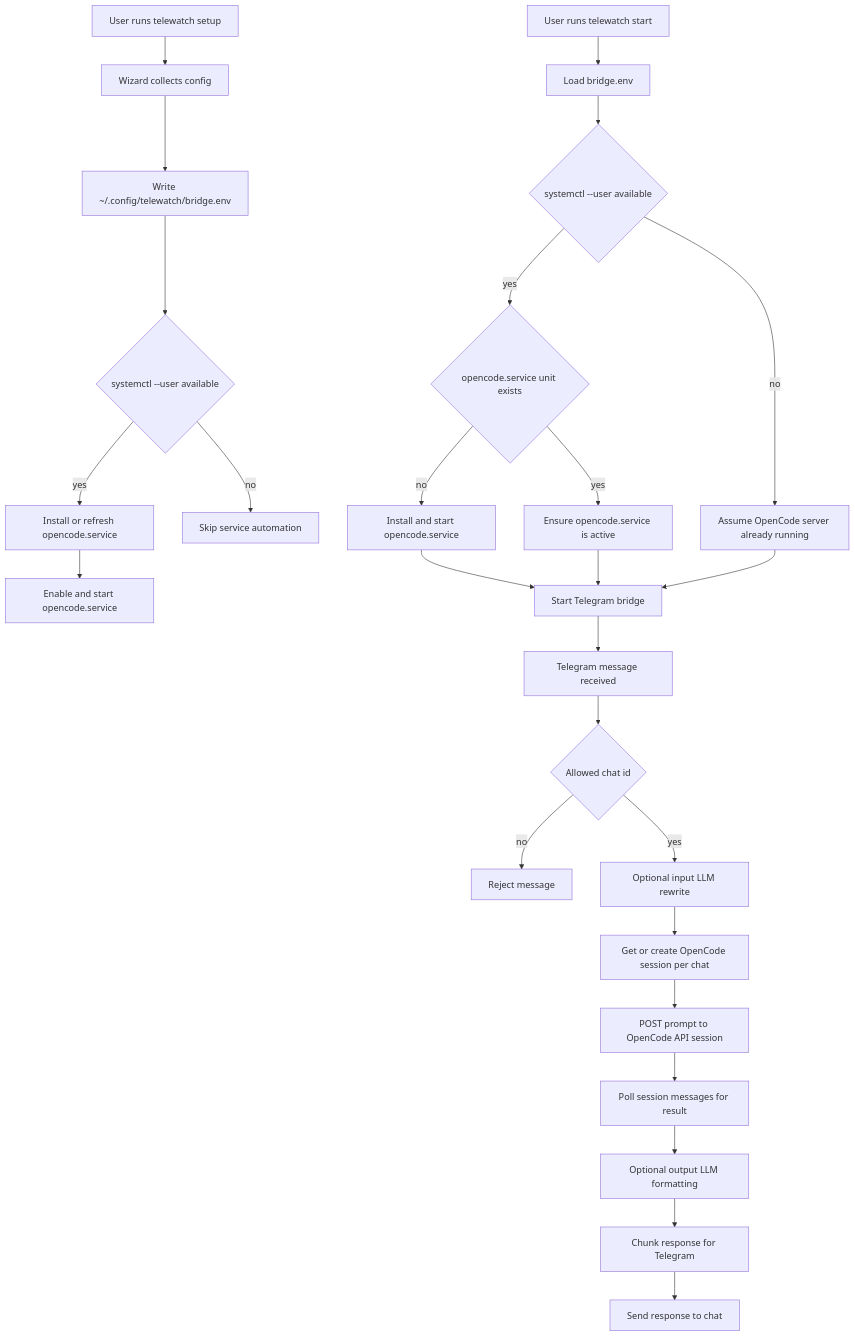
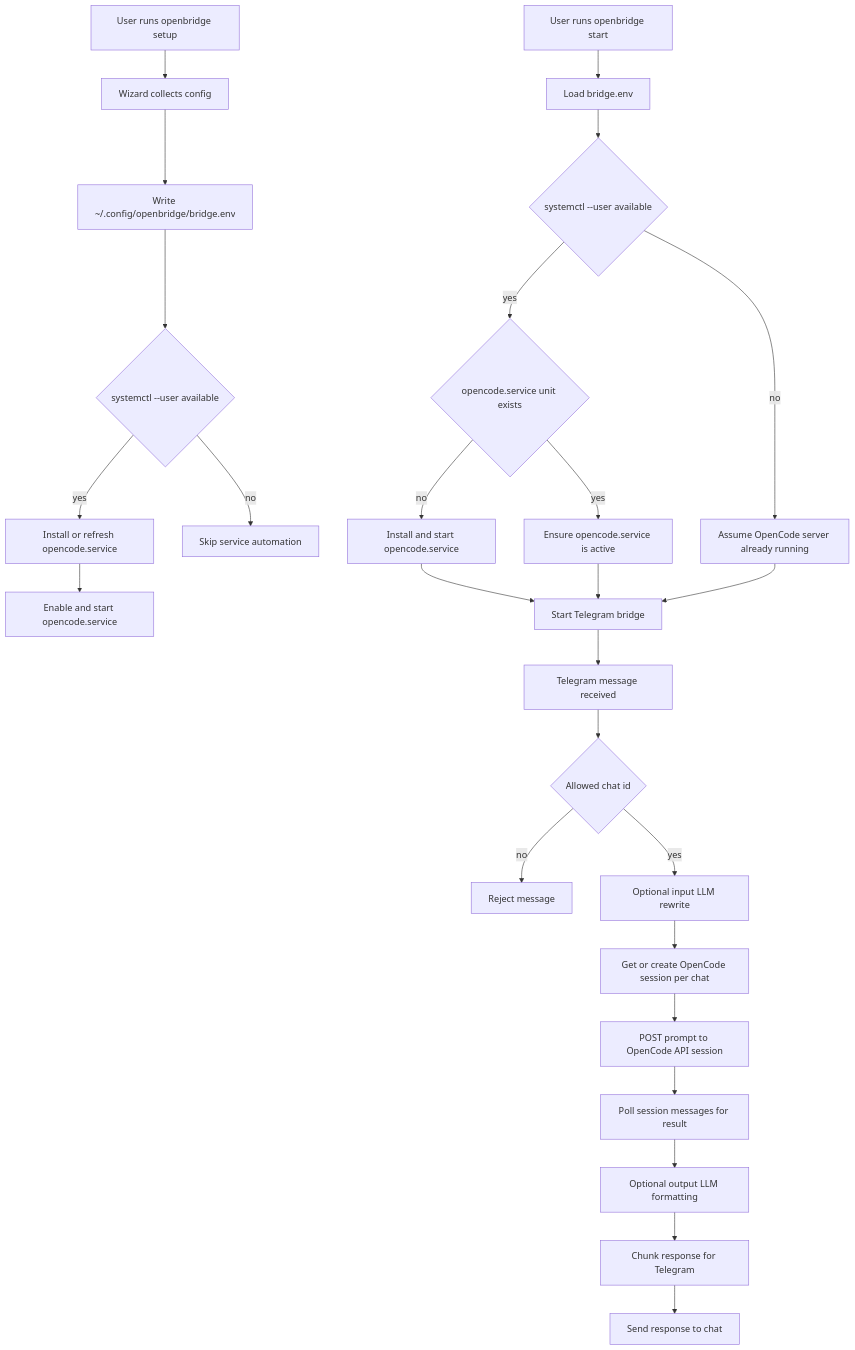
The first of 4 diagrams in README.md (ArindamTripathi619/TelegramRemoteProgressBot), drawn with Mermaid before and after one commit. The commit also changed other lines of this file and 17 other files, not shown here.

Commit message:
feat: rebrand telewatch to openbridge with migration compatibility

````diff
--- a/README.md
+++ b/README.md
@@ -17,31 +27,31 @@
 ```mermaid
 flowchart TD
-  A[User runs telewatch setup] --> B[Wizard collects config]
-  B --> C[Write ~/.config/telewatch/bridge.env]
+  A[User runs openbridge setup] --> B[Wizard collects config]
+  B --> C[Write ~/.config/openbridge/bridge.env]
   C --> D{systemctl --user available}
   D -- yes --> E[Install or refresh opencode.service]
   E --> F[Enable and start opencode.service]
   D -- no --> G[Skip service automation]
 
-  H[User runs telewatch start] --> I[Load bridge.env]
+  H[User runs openbridge start] --> I[Load bridge.env]
   I --> J{systemctl --user available}
   J -- yes --> K{opencode.service unit exists}
   K -- no --> L[Install and start opencode.service]
   K -- yes --> M[Ensure opencode.service is active]
   J -- no --> N[Assume OpenCode server already running]
 
   L --> O[Start Telegram bridge]
   M --> O
   N --> O
 
   O --> P[Telegram message received]
   P --> Q{Allowed chat id}
   Q -- no --> R[Reject message]
   Q -- yes --> S[Optional input LLM rewrite]
   S --> T[Get or create OpenCode session per chat]
   T --> U[POST prompt to OpenCode API session]
   U --> V[Poll session messages for result]
   V --> W[Optional output LLM formatting]
   W --> X[Chunk response for Telegram]
   X --> Y[Send response to chat]
 ```
````
